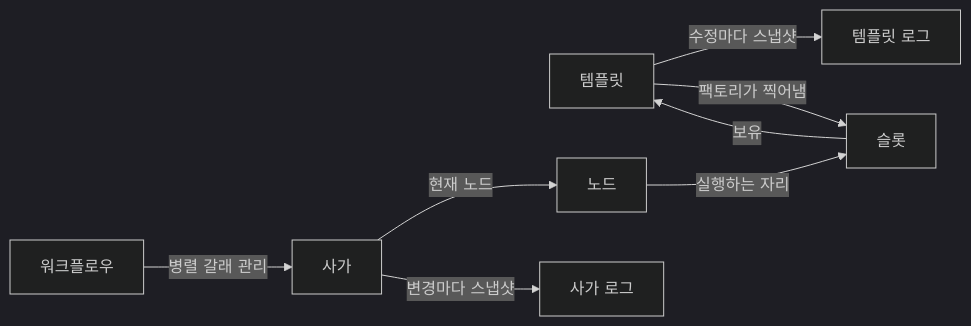
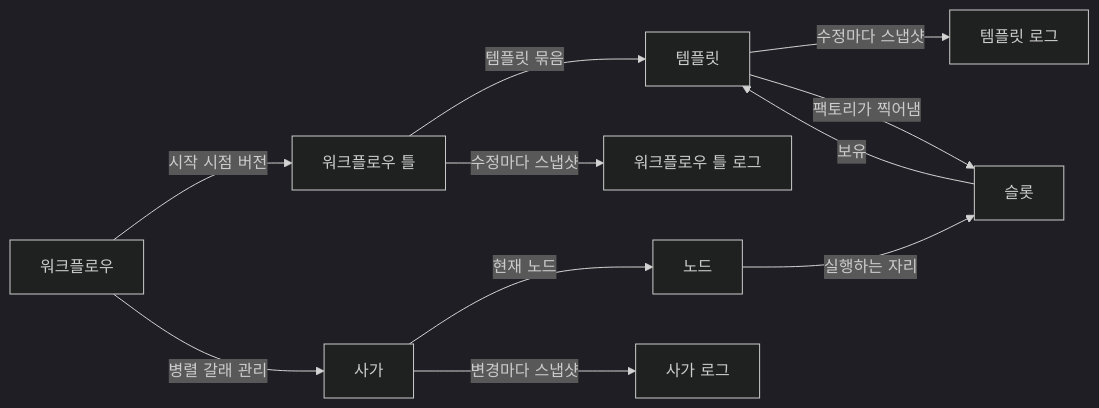
Before and after one commit to Iol-lshh/ai-coworkers: the diagram in docs/adr/core/README.md, drawn with Mermaid (dark theme). The commit also changed other lines of this file and 298 other files, not shown here.

Commit message:
[add] 워크플로우 구현

````diff
--- a/docs/adr/core/README.md
+++ b/docs/adr/core/README.md
@@ -27,10 +30,13 @@
 ```mermaid
 flowchart LR
   T[템플릿] -->|수정마다 스냅샷| TL[템플릿 로그]
   T -->|팩토리가 찍어냄| S[슬롯]
   S -->|보유| T
   N[노드] -->|실행하는 자리| S
   SG[사가] -->|현재 노드| N
   SG -->|변경마다 스냅샷| SL[사가 로그]
-  W[워크플로우] -->|병렬 갈래 관리| SG
+  WT[워크플로우 틀] -->|템플릿 묶음| T
+  WT -->|수정마다 스냅샷| WTL[워크플로우 틀 로그]
+  W[워크플로우] -->|시작 시점 버전| WT
+  W -->|병렬 갈래 관리| SG
 ```
````
